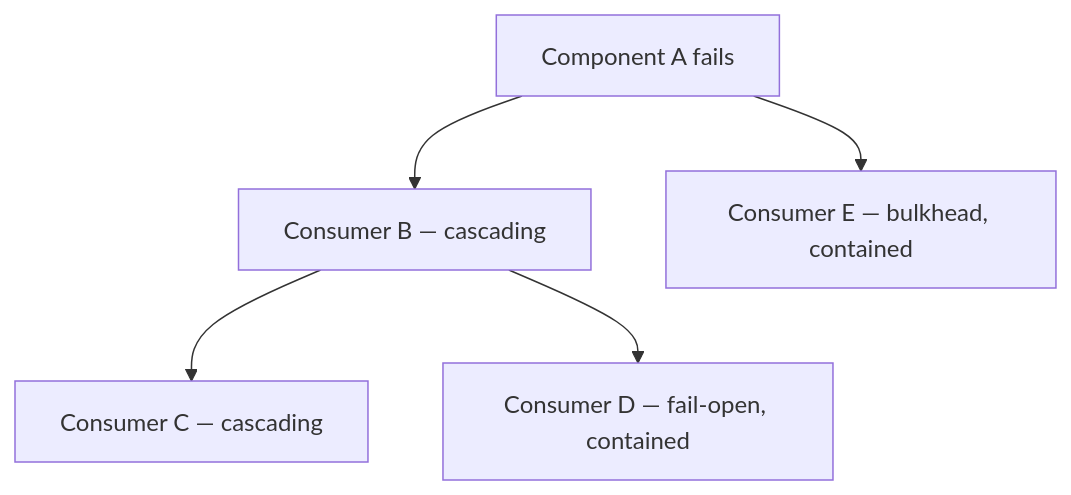
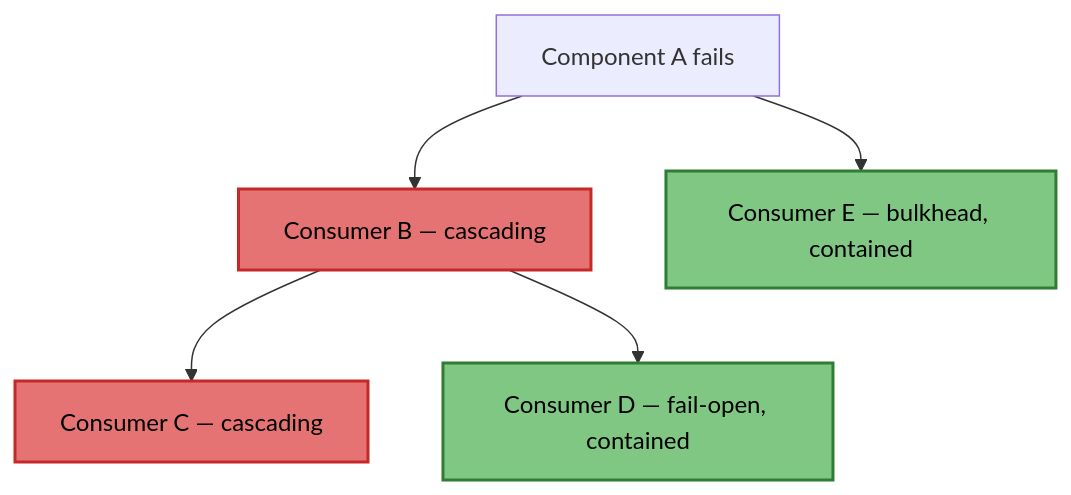
The diagram in skills/architecture-analysis/analyses/BLAST_RADIUS.md (shadowX4fox/solutions-architect-skills), drawn with Mermaid before and after one commit. The commit also changed other lines of this file and 4 other files, not shown here.

First line of the commit message:
fix: theme-agnostic colors in Blast Radius cascade diagrams v3.8.8

````diff
--- a/skills/architecture-analysis/analyses/BLAST_RADIUS.md
+++ b/skills/architecture-analysis/analyses/BLAST_RADIUS.md
@@ -82,7 +82,9 @@
    ```mermaid
    flowchart TD
-     A[Component A fails] --> B[Consumer B — cascading]
-     B --> C[Consumer C — cascading]
-     B --> D[Consumer D — fail-open, contained]
-     A --> E[Consumer E — bulkhead, contained]
+     A[Component A fails] --> B[Consumer B — cascading]:::cascading
+     B --> C[Consumer C — cascading]:::cascading
+     B --> D[Consumer D — fail-open, contained]:::contained
+     A --> E[Consumer E — bulkhead, contained]:::contained
+     classDef cascading fill:#e57373,stroke:#c62828,color:#000,stroke-width:2px
+     classDef contained fill:#81c784,stroke:#2e7d32,color:#000,stroke-width:2px
    ```
````
